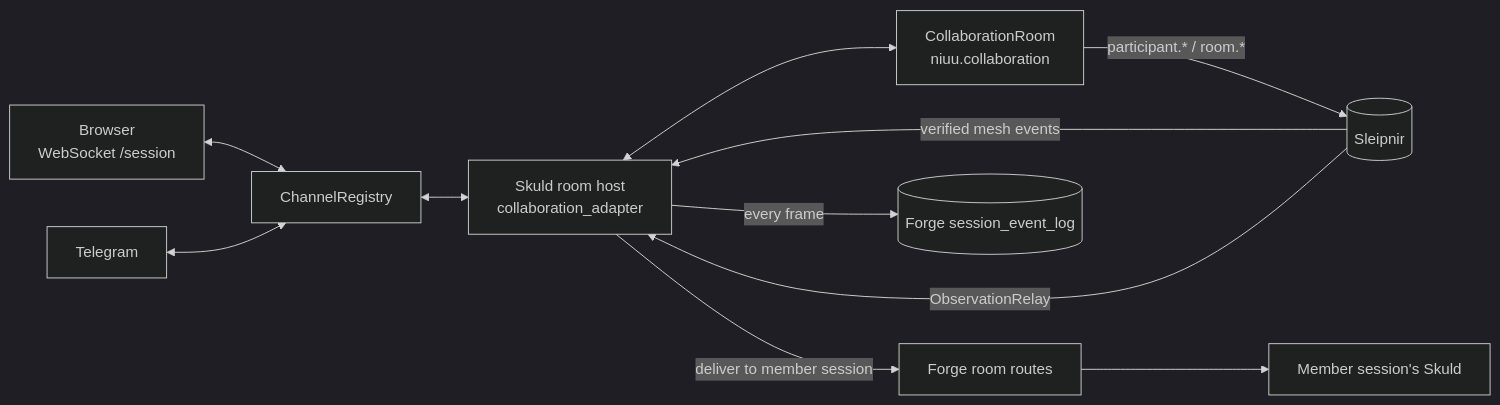
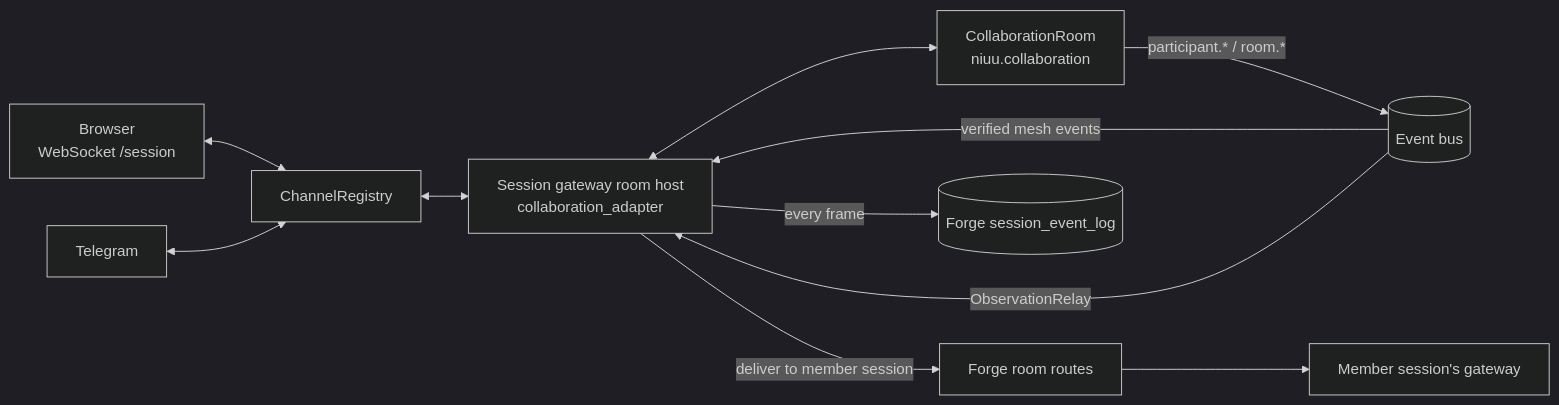
The first of 2 diagrams in docs/site/architecture/communication/rooms.md (niuulabs/niuu), drawn with Mermaid (dark theme) before and after one commit. The commit also changed other lines of this file and 65 other files, not shown here.

````diff
--- a/docs/site/architecture/communication/rooms.md
+++ b/docs/site/architecture/communication/rooms.md
@@ -23,12 +23,12 @@
 ```mermaid
 flowchart LR
   browser[Browser<br/>WebSocket /session] <--> ch[ChannelRegistry]
   tg[Telegram] <--> ch
-  ch <--> host[Skuld room host<br/>collaboration_adapter]
+  ch <--> host[Session gateway room host<br/>collaboration_adapter]
   host <--> room[CollaborationRoom<br/>niuu.collaboration]
-  room -- "participant.* / room.*" --> bus[(Sleipnir)]
+  room -- "participant.* / room.*" --> bus[(Event bus)]
   bus -- "verified mesh events" --> host
   bus -- "ObservationRelay" --> host
-  host -- "deliver to member session" --> forge[Forge room routes] --> other[Member session's Skuld]
+  host -- "deliver to member session" --> forge[Forge room routes] --> other[Member session's gateway]
   host -- "every frame" --> log[(Forge session_event_log)]
 ```
````
